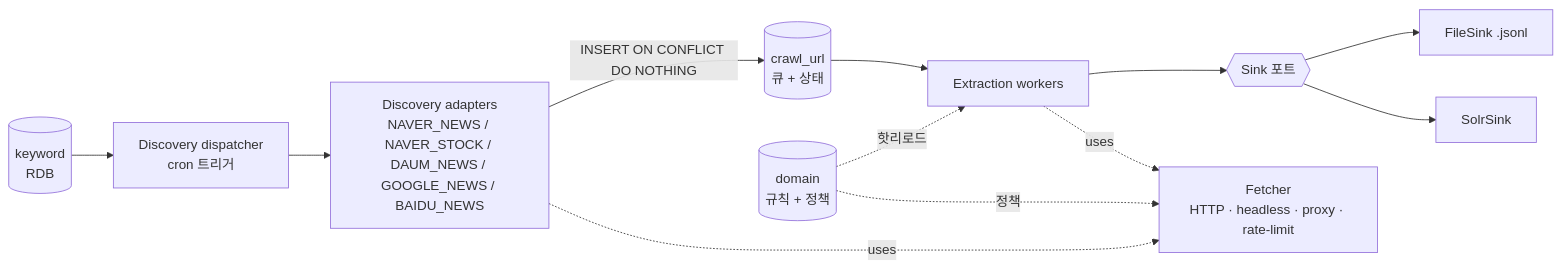
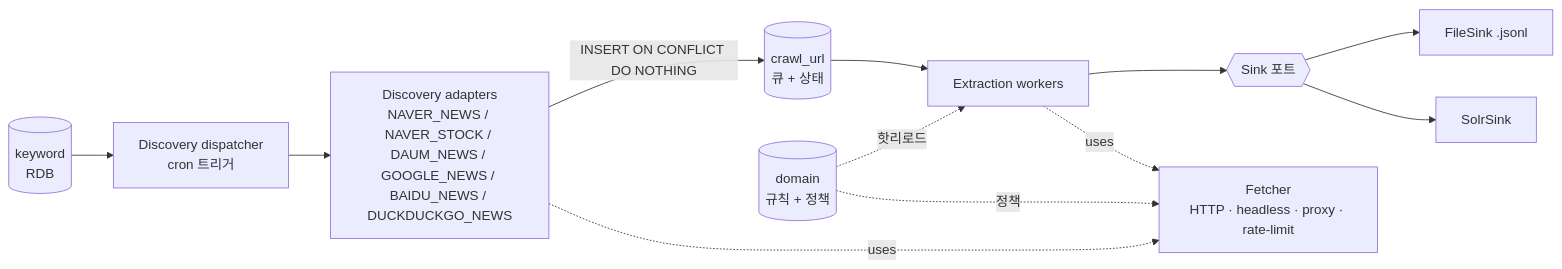
The first of 3 diagrams in docs/discovery-worker-design.md (JHS-on-Lab/discovery-worker), drawn with Mermaid before and after one commit. The commit also changed other lines of this file and 7 other files, not shown here.

````diff
--- a/docs/discovery-worker-design.md
+++ b/docs/discovery-worker-design.md
@@ -38,14 +38,14 @@
 ```mermaid
 flowchart LR
   KW[(keyword<br/>RDB)] --> DISP[Discovery dispatcher<br/>cron 트리거]
-  DISP --> DA[Discovery adapters<br/>NAVER_NEWS / NAVER_STOCK / DAUM_NEWS / GOOGLE_NEWS / BAIDU_NEWS]
+  DISP --> DA[Discovery adapters<br/>NAVER_NEWS / NAVER_STOCK / DAUM_NEWS / GOOGLE_NEWS / BAIDU_NEWS / DUCKDUCKGO_NEWS]
   DA -->|INSERT ON CONFLICT DO NOTHING| AU[(crawl_url<br/>큐 + 상태)]
   AU --> EX[Extraction workers]
   EX --> SINK{{Sink 포트}}
   SINK --> FILE[FileSink .jsonl]
   SINK --> SOLR[SolrSink]
   DA -. uses .-> FET[Fetcher<br/>HTTP · headless · proxy · rate-limit]
   EX -. uses .-> FET
   DOM[(domain<br/>규칙 + 정책)] -. 핫리로드 .-> EX
   DOM -. 정책 .-> FET
 ```
````
